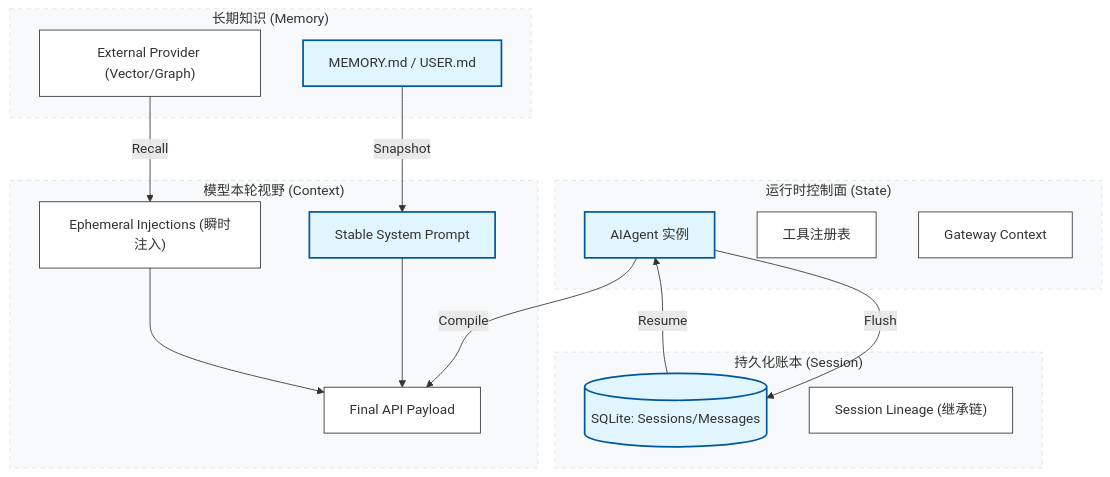
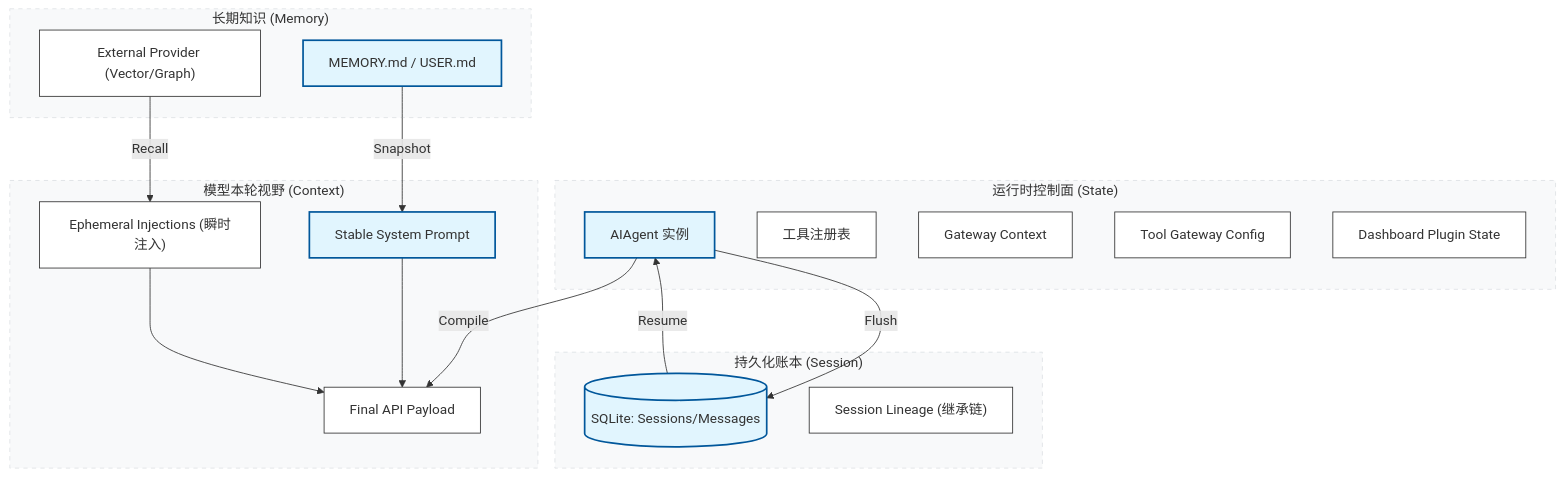
One commit to feuyeux/hello-hermes changed the first of 9 diagrams in hermes-architecture-02-state-and-context.md. Above: the diagram before and after it, drawn with Mermaid. The commit also changed other lines of this file and 4 other files, not shown here.

First line of the commit message:
docs: update architecture documents with detailed analysis

````diff
--- a/hermes-architecture-02-state-and-context.md
+++ b/hermes-architecture-02-state-and-context.md
@@ -13,41 +13,43 @@
 ```mermaid
 flowchart TD
     subgraph Runtime["运行时控制面 (State)"]
         Agent["AIAgent 实例"]
         Registry["工具注册表"]
         Gway["Gateway Context"]
+        ToolGW["Tool Gateway Config"]
+        DashPlugin["Dashboard Plugin State"]
     end
 
     subgraph Persistence["持久化账本 (Session)"]
         DB[(SQLite: Sessions/Messages)]
         Lineage["Session Lineage (继承链)"]
     end
 
     subgraph LongTerm["长期知识 (Memory)"]
         Builtin["MEMORY.md / USER.md"]
         Ext["External Provider (Vector/Graph)"]
     end
 
     subgraph ModelView["模型本轮视野 (Context)"]
         Stable["Stable System Prompt"]
         Ephemeral["Ephemeral Injections (瞬时注入)"]
         Payload["Final API Payload"]
     end
 
     %% 数据流转关系
     Agent -->|Flush| DB
     DB -->|Resume| Agent
     Builtin -->|Snapshot| Stable
     Ext -->|Recall| Ephemeral
     Agent -->|Compile| Payload
     Stable --> Payload
     Ephemeral --> Payload
 
     %% 统一配色样式
     classDef default fill:#fff,stroke:#333,stroke-width:1px;
     classDef container fill:#f8f9fa,stroke:#dee2e6,stroke-dasharray: 5 5;
     classDef highlight fill:#e1f5fe,stroke:#01579b,stroke-width:2px;
     
     class Agent,DB,Builtin,Stable highlight;
     class Runtime,Persistence,LongTerm,ModelView container;
 ```
````
